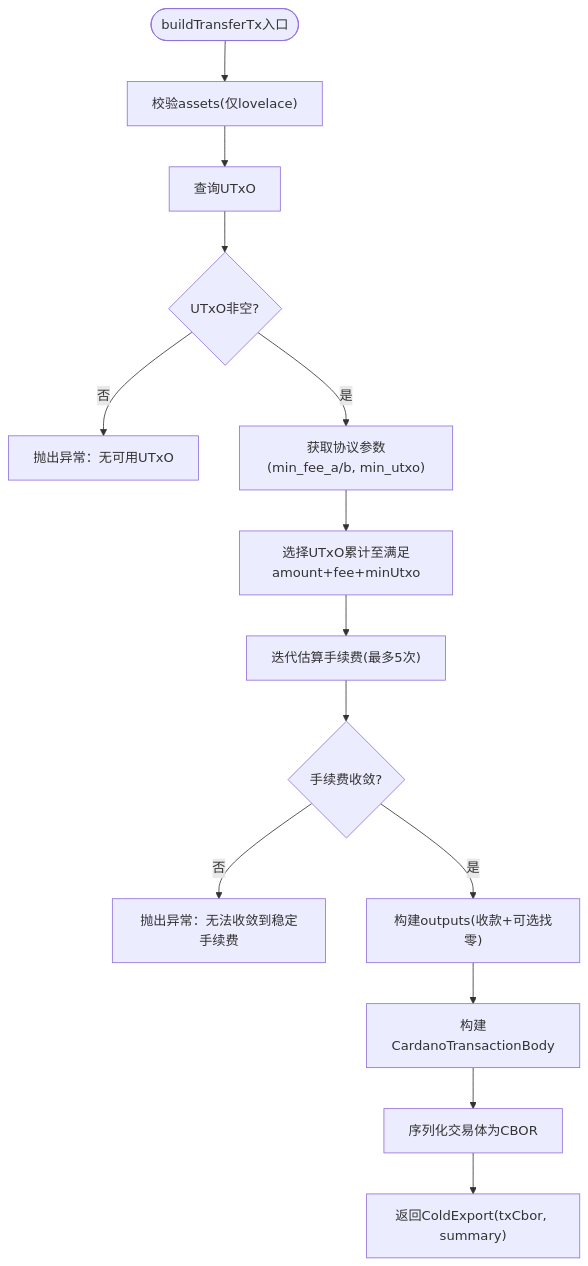
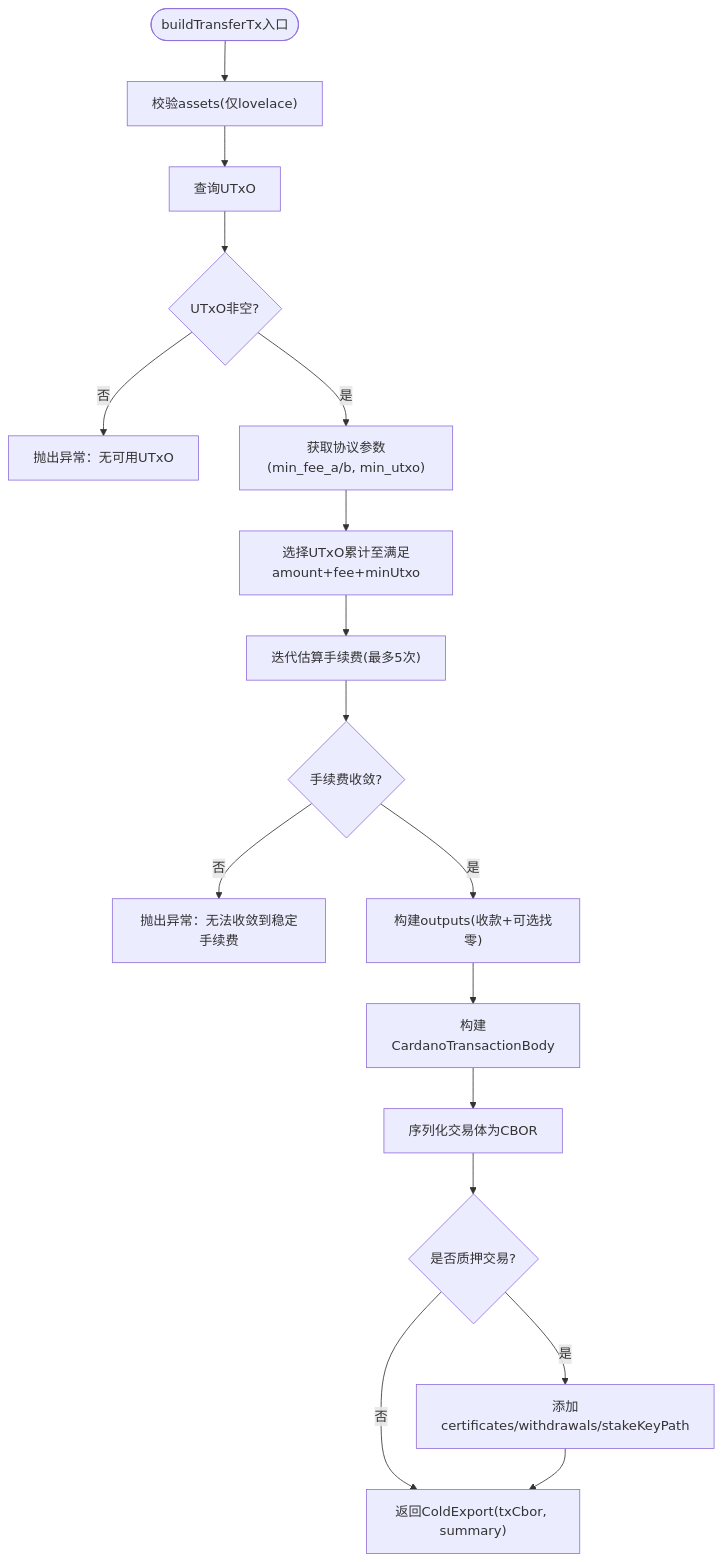
One commit to EqualToEthan/stasis changed the sixth of 8 diagrams in .qoder/repowiki/zh/content/核心服务/交易处理服务.md. Above: the diagram before and after it, drawn with Mermaid. The commit also changed other lines of this file and 60 other files, not shown here.

````diff
--- a/.qoder/repowiki/zh/content/核心服务/交易处理服务.md
+++ b/.qoder/repowiki/zh/content/核心服务/交易处理服务.md
@@ -258,16 +297,19 @@
 ```mermaid
 flowchart TD
 BStart(["buildTransferTx入口"]) --> Validate["校验assets(仅lovelace)"]
 Validate --> FetchUtxos["查询UTxO"]
 FetchUtxos --> UtxoCheck{"UTxO非空?"}
 UtxoCheck -- 否 --> E1["抛出异常：无可用UTxO"]
 UtxoCheck -- 是 --> GetParams["获取协议参数(min_fee_a/b, min_utxo)"]
 GetParams --> SelectUtxos["选择UTxO累计至满足amount+fee+minUtxo"]
 SelectUtxos --> FeeLoop["迭代估算手续费(最多5次)"]
 FeeLoop --> Converged{"手续费收敛?"}
 Converged -- 否 --> E2["抛出异常：无法收敛到稳定手续费"]
 Converged -- 是 --> BuildOutputs["构建outputs(收款+可选找零)"]
 BuildOutputs --> BuildBody["构建CardanoTransactionBody"]
 BuildBody --> Serialize["序列化交易体为CBOR"]
-Serialize --> ReturnExport["返回ColdExport(txCbor, summary)"]
+Serialize --> AddStaking{"是否质押交易?"}
+AddStaking -- 否 --> ReturnExport["返回ColdExport(txCbor, summary)"]
+AddStaking -- 是 --> AddFields["添加certificates/withdrawals/stakeKeyPath"]
+AddFields --> ReturnExport
 ```
````
